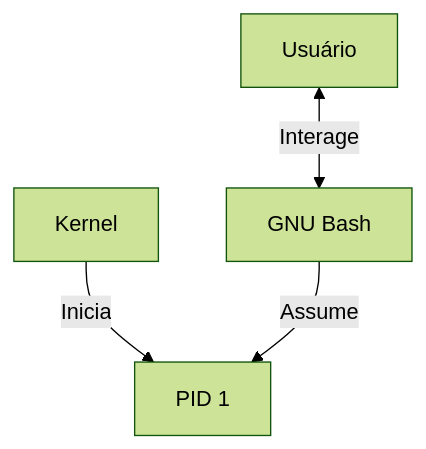
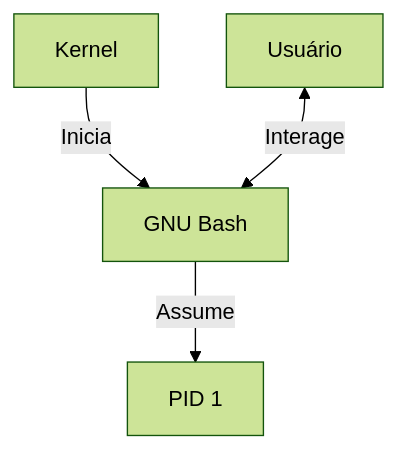
One commit to FelpzzzEX/LecOS changed the third of 4 diagrams in Sistema_Principal/Modulo 3 - Processos/7-Init_System.md. Above: the diagram before and after it, drawn with Mermaid (forest theme).

Commit message:
fix: Consertando diagrama

````diff
--- a/Sistema_Principal/Modulo 3 - Processos/7-Init_System.md
+++ b/Sistema_Principal/Modulo 3 - Processos/7-Init_System.md
@@ -339,6 +339,6 @@
 ```mermaid
 flowchart TD
-  A["Kernel"] -->|Inicia| C["PID 1"]
-  B["GNU Bash"] -->|Assume| C
+  A["Kernel"] -->|Inicia| B
+  B["GNU Bash"] -->|Assume| C["PID 1"]
   D["Usuário"] <-->|Interage| B
 ```
````
